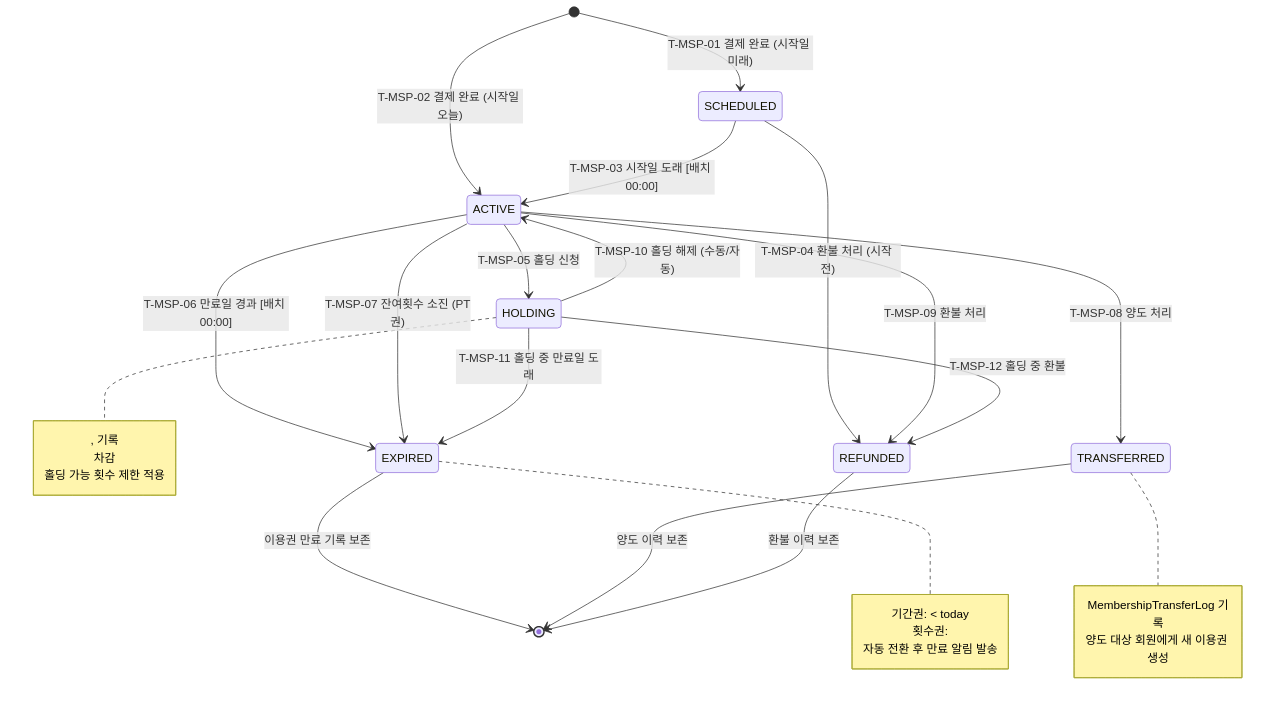
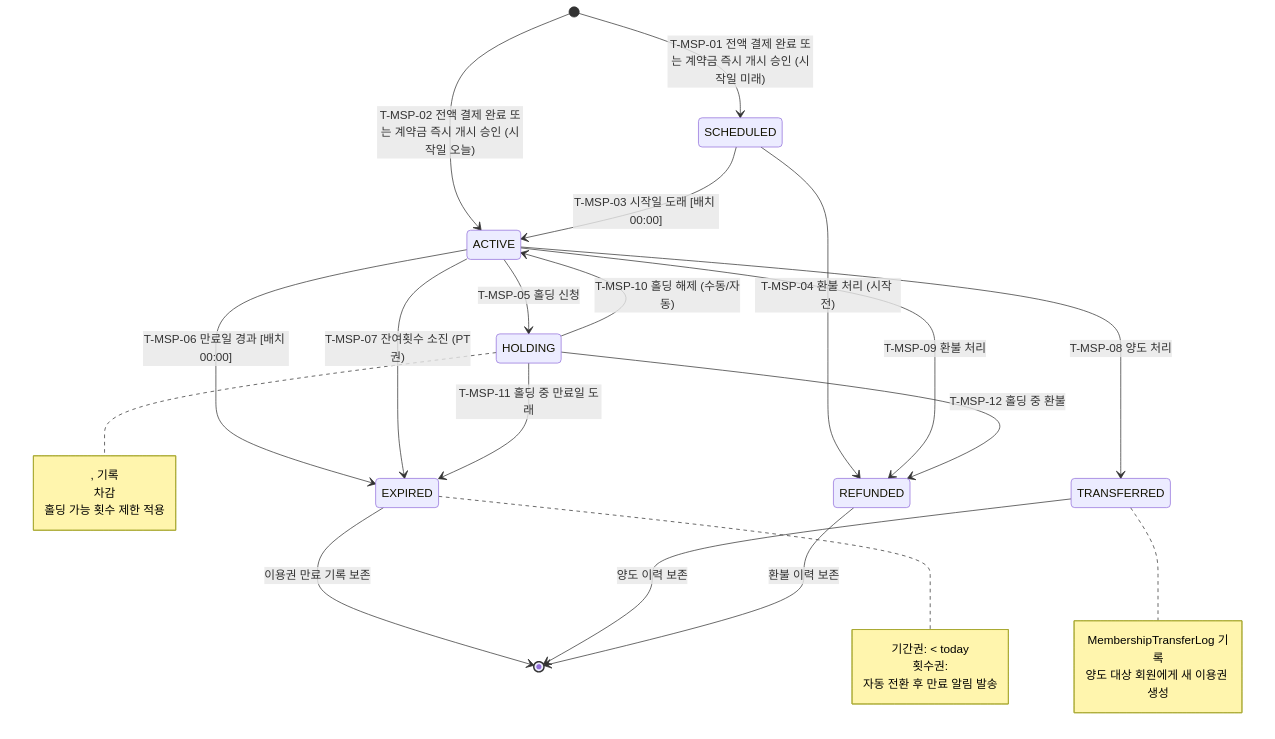
One commit to dev-spogym/admin-pando changed the diagram in docs/admin/다이어그램/20_상태전이도/20-02_MembershipStatus.md. Above: the diagram before and after it, drawn with Mermaid. The commit also changed other lines of this file and 45 other files, not shown here.

````diff
--- a/docs/admin/다이어그램/20_상태전이도/20-02_MembershipStatus.md
+++ b/docs/admin/다이어그램/20_상태전이도/20-02_MembershipStatus.md
@@ -33,39 +33,39 @@
 ```mermaid
 stateDiagram-v2
-    [*] --> SCHEDULED : T-MSP-01 결제 완료 (시작일 미래)
-    [*] --> ACTIVE : T-MSP-02 결제 완료 (시작일 오늘)
+    [*] --> SCHEDULED : T-MSP-01 전액 결제 완료 또는 계약금 즉시 개시 승인 (시작일 미래)
+    [*] --> ACTIVE : T-MSP-02 전액 결제 완료 또는 계약금 즉시 개시 승인 (시작일 오늘)
 
     SCHEDULED --> ACTIVE : T-MSP-03 시작일 도래 [배치 00:00]
     SCHEDULED --> REFUNDED : T-MSP-04 환불 처리 (시작 전)
 
     ACTIVE --> HOLDING : T-MSP-05 홀딩 신청
     ACTIVE --> EXPIRED : T-MSP-06 만료일 경과 [배치 00:00]
     ACTIVE --> EXPIRED : T-MSP-07 잔여횟수 소진 (PT권)
     ACTIVE --> TRANSFERRED : T-MSP-08 양도 처리
     ACTIVE --> REFUNDED : T-MSP-09 환불 처리
 
     HOLDING --> ACTIVE : T-MSP-10 홀딩 해제 (수동/자동)
     HOLDING --> EXPIRED : T-MSP-11 홀딩 중 만료일 도래
     HOLDING --> REFUNDED : T-MSP-12 홀딩 중 환불
 
     EXPIRED --> [*] : 이용권 만료 기록 보존
     TRANSFERRED --> [*] : 양도 이력 보존
     REFUNDED --> [*] : 환불 이력 보존
 
     note right of HOLDING
         , 기록
          차감
         홀딩 가능 횟수 제한 적용
     end note
 
     note right of EXPIRED
         기간권: < today
         횟수권: 
         자동 전환 후 만료 알림 발송
     end note
 
     note right of TRANSFERRED
         MembershipTransferLog 기록
         양도 대상 회원에게 새 이용권 생성
     end note
 ```
````
